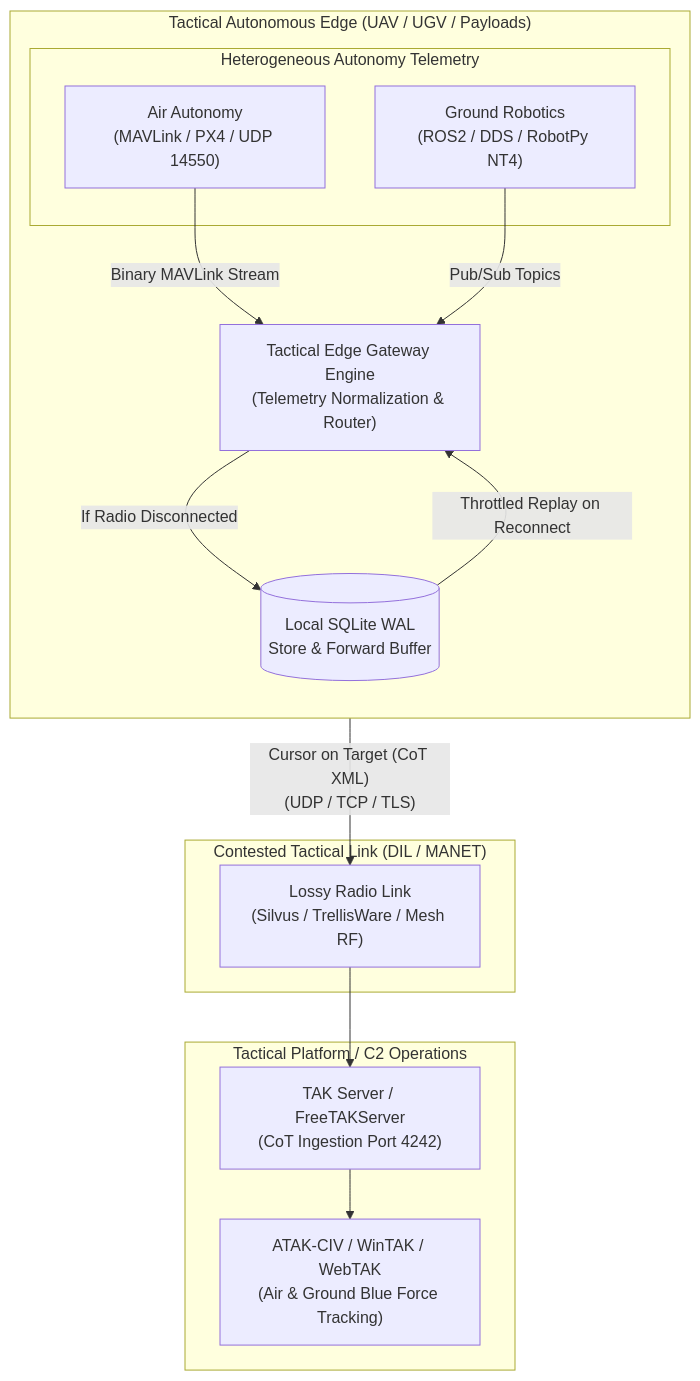
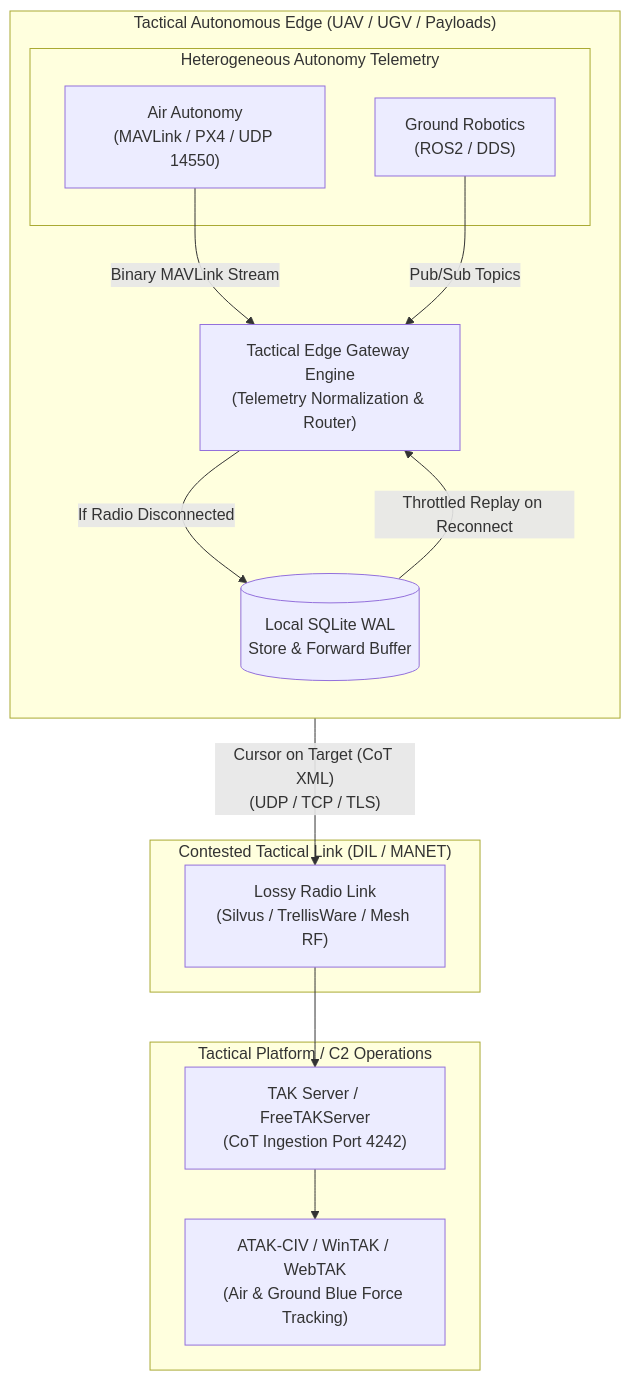
Before and after one commit to celttechie/tactical-edge-gateway: the diagram in README.md, drawn with Mermaid. The commit also changed other lines of this file and 27 other files, not shown here.

````diff
--- a/README.md
+++ b/README.md
@@ -16,32 +16,32 @@
 ```mermaid
 flowchart TD
     subgraph Edge["Tactical Autonomous Edge (UAV / UGV / Payloads)"]
         direction TB
         subgraph AutonomySources["Heterogeneous Autonomy Telemetry"]
             UAV["Air Autonomy\n(MAVLink / PX4 / UDP 14550)"]
-            UGV["Ground Robotics\n(ROS2 / DDS / RobotPy NT4)"]
+            UGV["Ground Robotics\n(ROS2 / DDS)"]
         end
 
         Gateway["Tactical Edge Gateway Engine\n(Telemetry Normalization & Router)"]
         DB[("Local SQLite WAL\nStore & Forward Buffer")]
 
         UAV -- "Binary MAVLink Stream" --> Gateway
         UGV -- "Pub/Sub Topics" --> Gateway
         Gateway -- "If Radio Disconnected" --> DB
         DB -- "Throttled Replay on Reconnect" --> Gateway
     end
 
     subgraph RF["Contested Tactical Link (DIL / MANET)"]
         Link["Lossy Radio Link\n(Silvus / TrellisWare / Mesh RF)"]
     end
 
     subgraph C2["Tactical Platform / C2 Operations"]
         TAK["TAK Server / FreeTAKServer\n(CoT Ingestion Port 4242)"]
         ATAK["ATAK-CIV / WinTAK / WebTAK\n(Air & Ground Blue Force Tracking)"]
 
         TAK --> ATAK
     end
 
     Gateway -- "Cursor on Target (CoT XML)\n(UDP / TCP / TLS)" --> Link
     Link --> TAK
 ```
````
